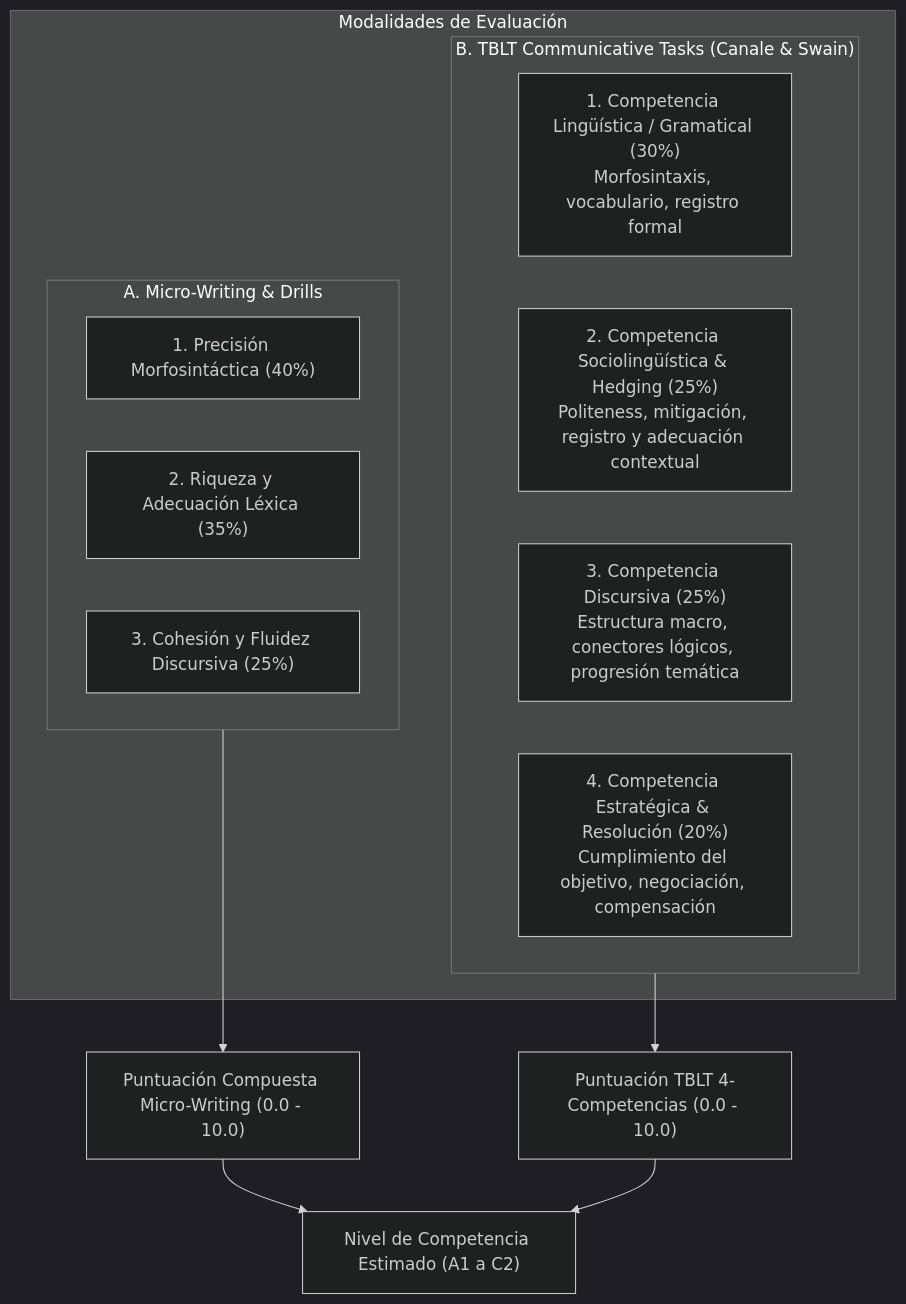
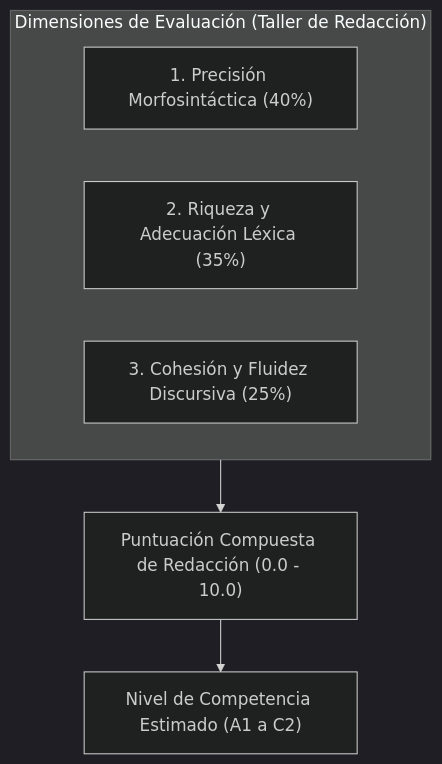
Before and after one commit to JosGRM21/english_learning_assistant: the diagram in docs/06_ai_specifications/evaluation_rubrics.md, drawn with Mermaid (dark theme). The commit also changed other lines of this file and 132 other files, not shown here.

````diff
--- a/docs/06_ai_specifications/evaluation_rubrics.md
+++ b/docs/06_ai_specifications/evaluation_rubrics.md
@@ -14,22 +15,11 @@
 ```mermaid
 graph TD
-    subgraph EvaluacionModos["Modalidades de Evaluación"]
-        subgraph MicroWriting["A. Micro-Writing & Drills"]
-            Dim1["1. Precisión Morfosintáctica (40%)"]
-            Dim2["2. Riqueza y Adecuación Léxica (35%)"]
-            Dim3["3. Cohesión y Fluidez Discursiva (25%)"]
-        end
-
-        subgraph TBLT["B. TBLT Communicative Tasks (Canale & Swain)"]
-            CompLing["1. Competencia Lingüística / Gramatical (30%)<br/>Morfosintaxis, vocabulario, registro formal"]
-            CompSocio["2. Competencia Sociolingüística & Hedging (25%)<br/>Politeness, mitigación, registro y adecuación contextual"]
-            CompDisc["3. Competencia Discursiva (25%)<br/>Estructura macro, conectores lógicos, progresión temática"]
-            CompStrat["4. Competencia Estratégica & Resolución (20%)<br/>Cumplimiento del objetivo, negociación, compensación"]
-        end
+    subgraph Writing["Dimensiones de Evaluación (Taller de Redacción)"]
+        Dim1["1. Precisión Morfosintáctica (40%)"]
+        Dim2["2. Riqueza y Adecuación Léxica (35%)"]
+        Dim3["3. Cohesión y Fluidez Discursiva (25%)"]
     end
 
-    MicroWriting --> CompGeneral["Puntuación Compuesta Micro-Writing (0.0 - 10.0)"]
-    TBLT --> CompTBLT["Puntuación TBLT 4-Competencias (0.0 - 10.0)"]
+    Writing --> CompGeneral["Puntuación Compuesta de Redacción (0.0 - 10.0)"]
     CompGeneral --> CEFR["Nivel de Competencia Estimado (A1 a C2)"]
-    CompTBLT --> CEFR
 ```
````
